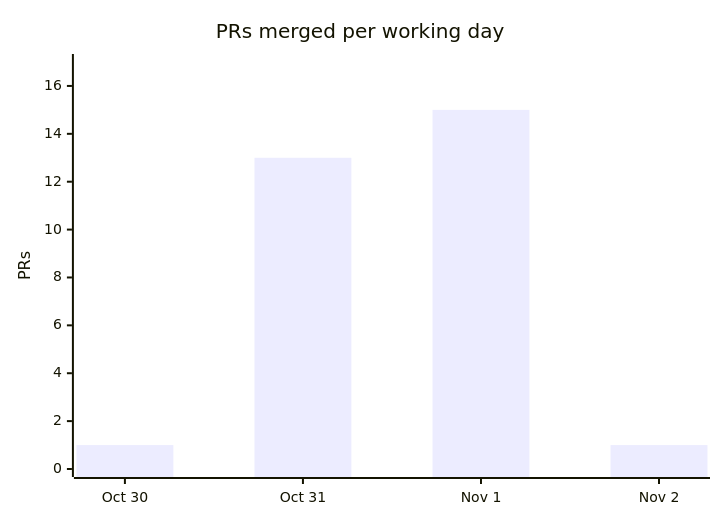
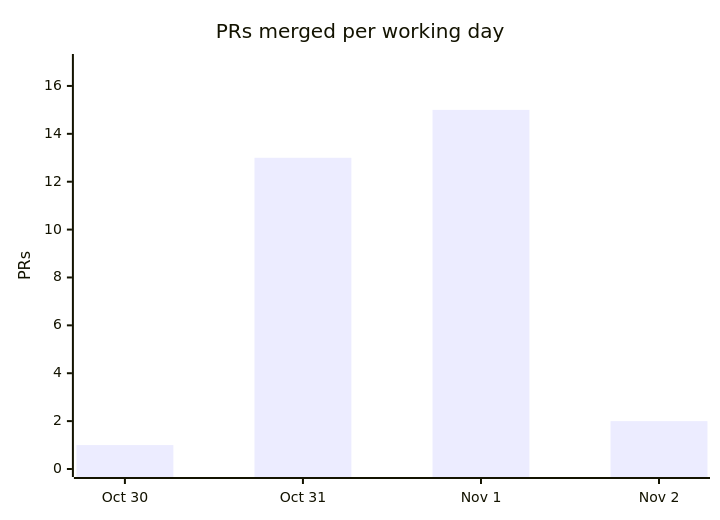
One commit to cmprssd/nfsh changed the fourth of 4 diagrams in docs/OVERVIEW.md. Above: the diagram before and after it, drawn with Mermaid. The commit also changed other lines of this file and 9 other files, not shown here.

````diff
--- a/docs/OVERVIEW.md
+++ b/docs/OVERVIEW.md
@@ -139,7 +139,7 @@
 ```mermaid
 xychart-beta
     title "PRs merged per working day"
     x-axis ["Oct 30", "Oct 31", "Nov 1", "Nov 2"]
     y-axis "PRs" 0 --> 17
-    bar [1, 13, 15, 1]
+    bar [1, 13, 15, 2]
 ```
````
